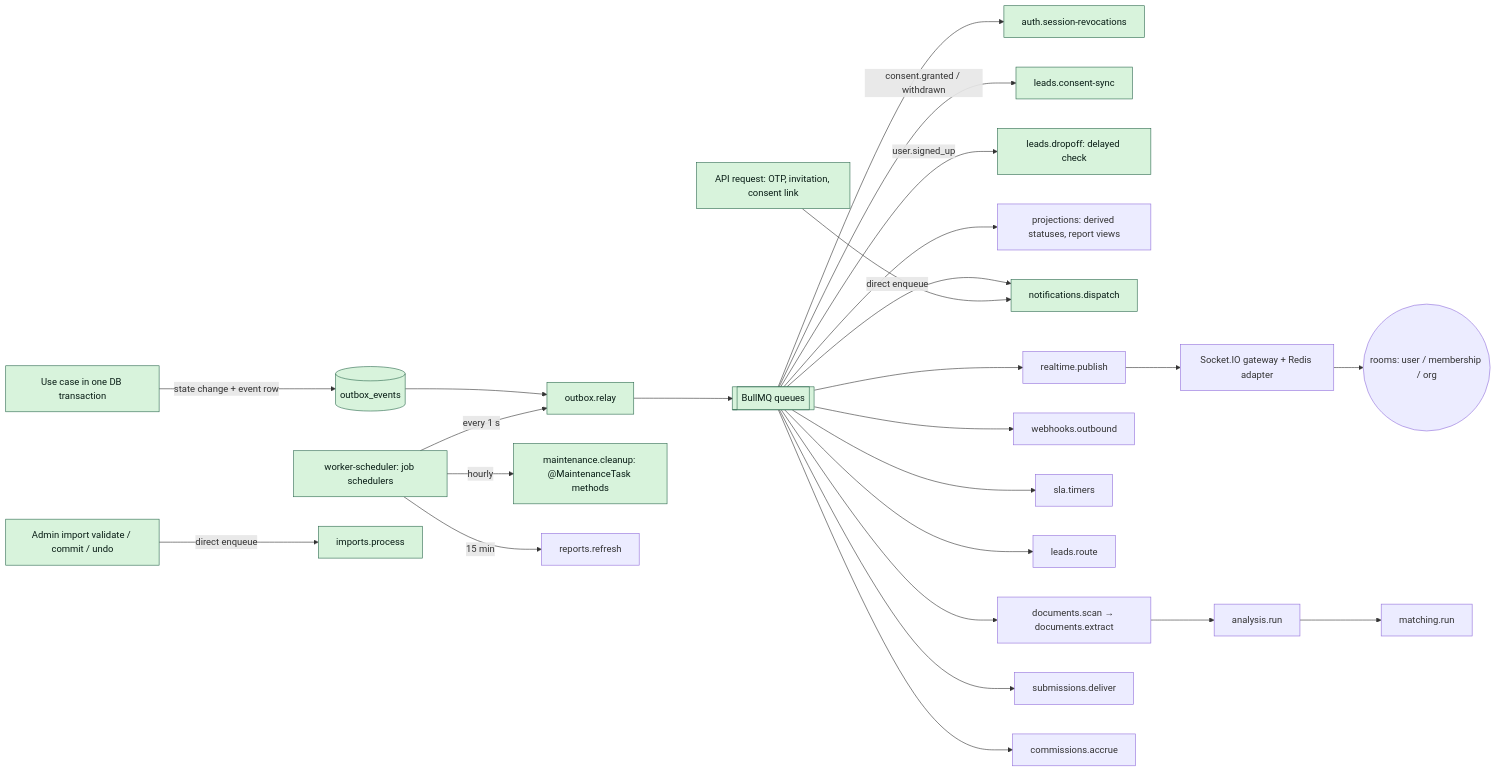
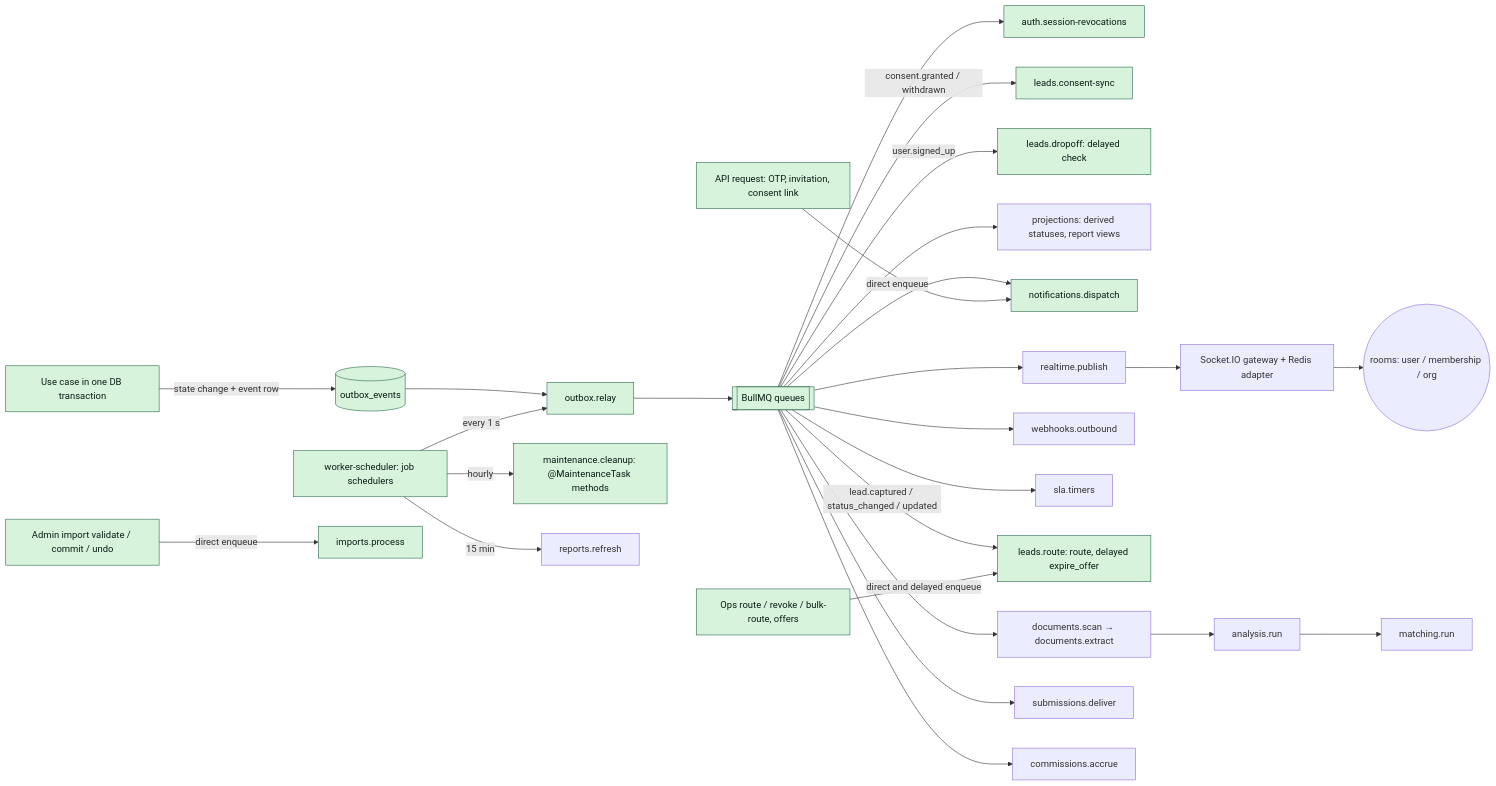
Diagram 14 of 14 in docs/ARCHITECTURE.md (Shaikhfaruk/fundenflo), drawn with Mermaid before and after one commit. The commit also changed other lines of this file and 64 other files, not shown here.

````diff
--- a/docs/ARCHITECTURE.md
+++ b/docs/ARCHITECTURE.md
@@ -448,29 +456,30 @@
 ```mermaid
 flowchart LR
   UC[Use case in one DB transaction] -->|state change + event row| OB[(outbox_events)]
   OB --> RELAY[outbox.relay]
   SCHED[worker-scheduler: job schedulers] -->|every 1 s| RELAY
   SCHED -->|hourly| MAINT[maintenance.cleanup: @MaintenanceTask methods]
   RELAY --> Q[[BullMQ queues]]
   Q --> REVOKE[auth.session-revocations]
   Q -->|consent.granted / withdrawn| CSYNC[leads.consent-sync]
   Q -->|user.signed_up| DROPQ[leads.dropoff: delayed check]
   Q --> PROJ[projections: derived statuses, report views]
   Q --> NOTIF[notifications.dispatch]
   Q --> RTP[realtime.publish]
   Q --> WHO[webhooks.outbound]
   Q --> SLAQ[sla.timers]
-  Q --> ROUTEQ[leads.route]
+  Q -->|lead.captured / status_changed / updated| ROUTEQ[leads.route: route, delayed expire_offer]
+  OPSR[Ops route / revoke / bulk-route, offers] -->|direct and delayed enqueue| ROUTEQ
   Q --> DOCQ[documents.scan → documents.extract]
   DOCQ --> ANQ[analysis.run]
   ANQ --> MQ2[matching.run]
   Q --> SUBQ[submissions.deliver]
   Q --> COMQ[commissions.accrue]
   RTP --> GW[Socket.IO gateway + Redis adapter]
   GW --> ROOMS((rooms: user / membership / org))
   IMPAPI[Admin import validate / commit / undo] -->|direct enqueue| IMPQ[imports.process]
   SCHED -->|15 min| REP[reports.refresh]
   API[API request: OTP, invitation, consent link] -->|direct enqueue| NOTIF
   classDef built fill:#d8f3dc,stroke:#2d6a4f,color:#081c15
-  class UC,OB,RELAY,SCHED,MAINT,Q,REVOKE,CSYNC,DROPQ,NOTIF,API,IMPAPI,IMPQ built
+  class UC,OB,RELAY,SCHED,MAINT,Q,REVOKE,CSYNC,DROPQ,NOTIF,API,IMPAPI,IMPQ,ROUTEQ,OPSR built
 ```
````
